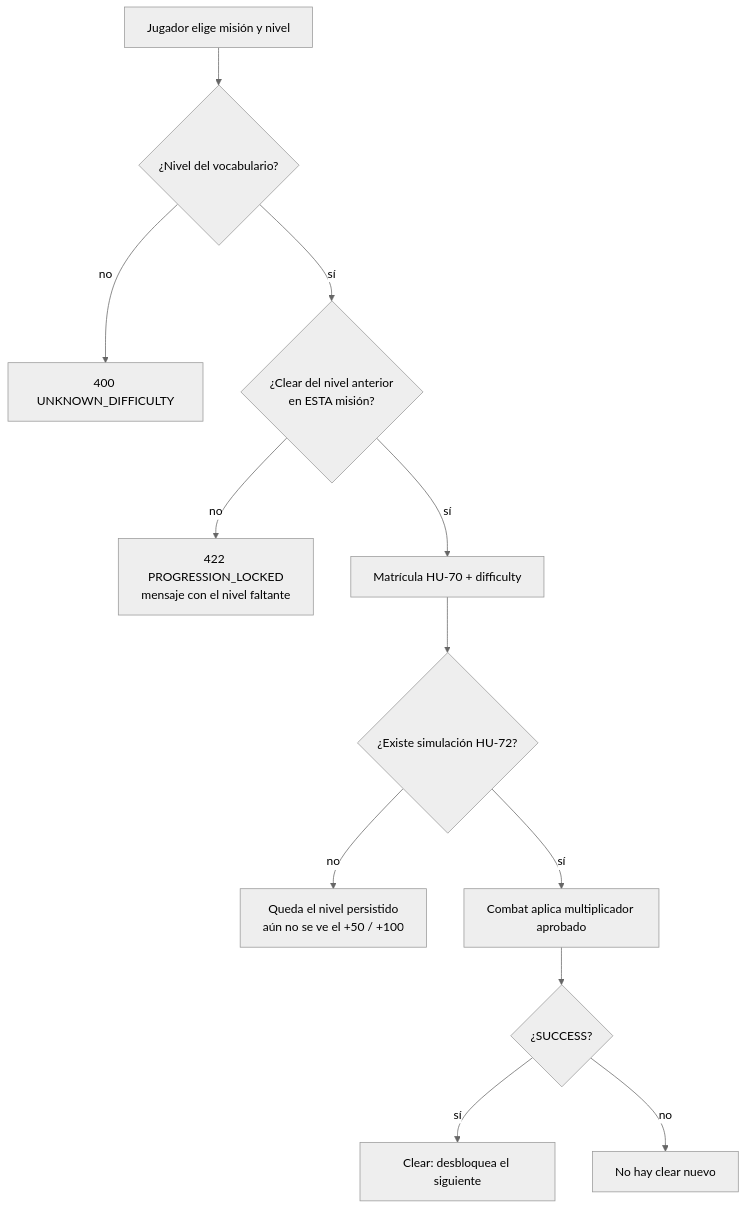
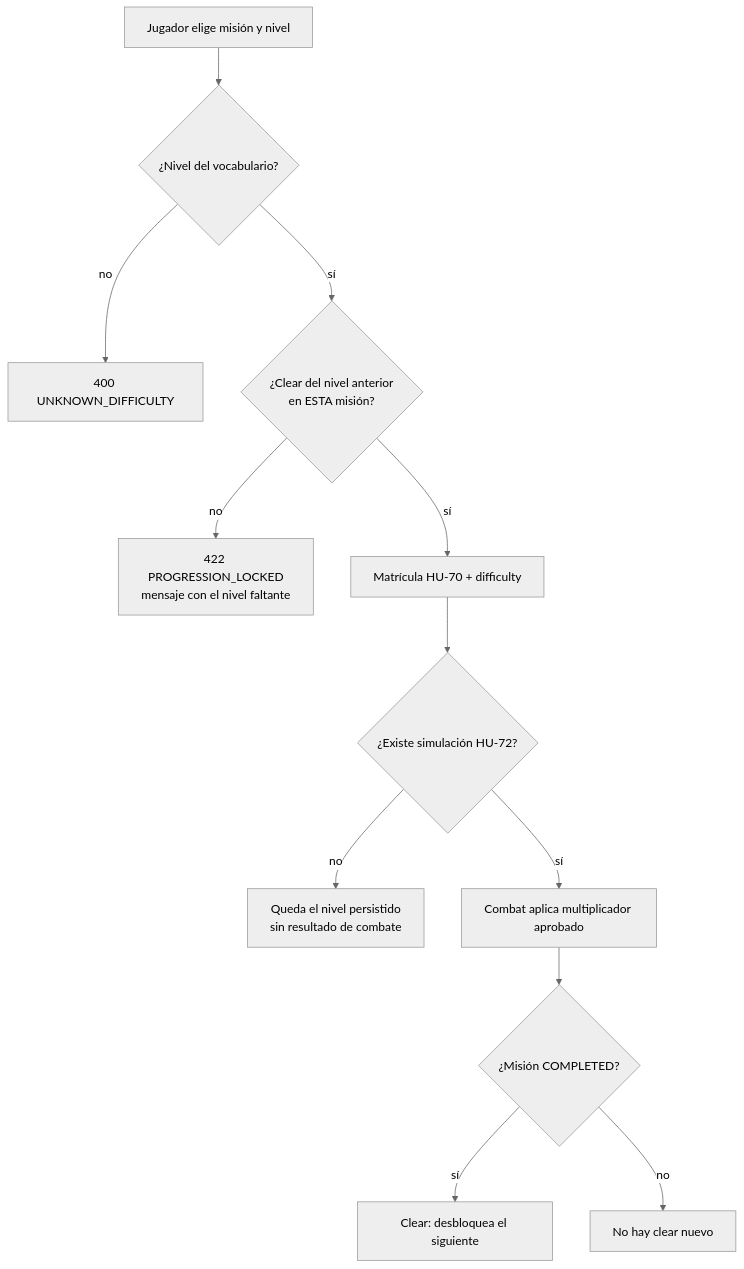
Before and after one commit to Nexus-Battle-VI/Nexus-Battle-Infrastructure: the diagram in docs/architecture/hu-75-dificultad-escalonada.md, drawn with Mermaid (neutral theme). The commit also changed other lines of this file and 6 other files, not shown here.

````diff
--- a/docs/architecture/hu-75-dificultad-escalonada.md
+++ b/docs/architecture/hu-75-dificultad-escalonada.md
@@ -27,14 +27,14 @@
 ```mermaid
 flowchart TD
   A[Jugador elige misión y nivel] --> B{¿Nivel del vocabulario?}
   B -->|no| C[400 UNKNOWN_DIFFICULTY]
   B -->|sí| D{¿Clear del nivel anterior<br/>en ESTA misión?}
   D -->|no| E[422 PROGRESSION_LOCKED<br/>mensaje con el nivel faltante]
   D -->|sí| F[Matrícula HU-70 + difficulty]
   F --> G{¿Existe simulación HU-72?}
-  G -->|no| H[Queda el nivel persistido<br/>aún no se ve el +50 / +100]
+  G -->|no| H[Queda el nivel persistido<br/>sin resultado de combate]
   G -->|sí| I[Combat aplica multiplicador aprobado]
-  I --> J{¿SUCCESS?}
+  I --> J{¿Misión COMPLETED?}
   J -->|sí| K[Clear: desbloquea el siguiente]
   J -->|no| L[No hay clear nuevo]
 ```
````
